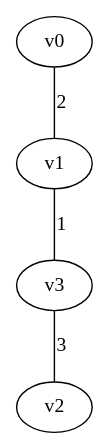
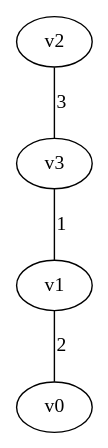
One commit to japie1235813/Algo_PA3 changed the diagram in outputs/gn4_dfs_2.dot. Above: the diagram before and after it, drawn with Graphviz. The commit also changed 10 other files, not shown here.

```diff
--- a/outputs/gn4_dfs_2.dot
+++ b/outputs/gn4_dfs_2.dot
@@ -1,5 +1,5 @@
 graph gn4_dfs {
-v0 -- v1 [label = 2];
-v1 -- v3 [label = 1];
-v3 -- v2 [label = 3];
+v2 -- v3 [label = 3];
+v3 -- v1 [label = 1];
+v1 -- v0 [label = 2];
 }
```
